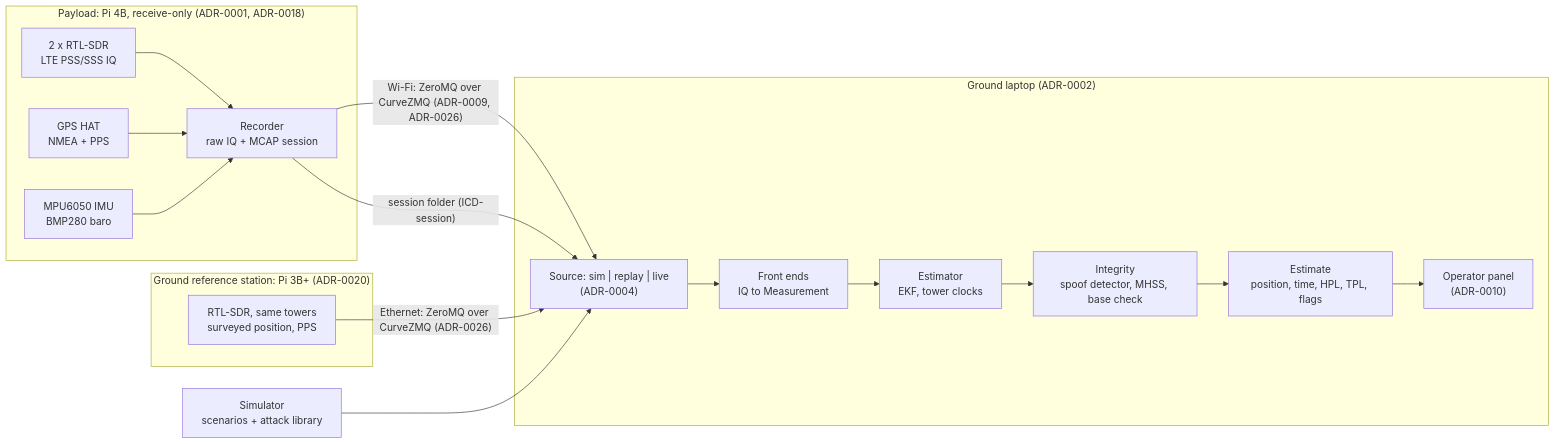
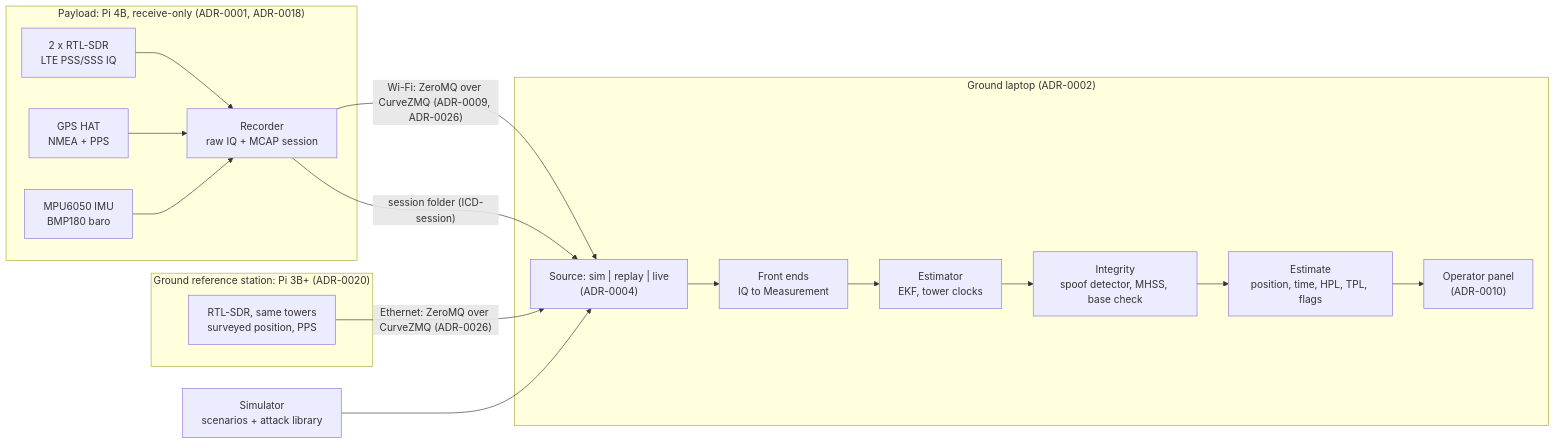
One commit to mdevstudentcu/SEAN changed the diagram in systems/architecture.md. Above: the diagram before and after it, drawn with Mermaid. The commit also changed 7 other files, not shown here.

````diff
--- a/systems/architecture.md
+++ b/systems/architecture.md
@@ -26,28 +26,28 @@
 ```mermaid
 flowchart LR
   subgraph PAY["Payload: Pi 4B, receive-only (ADR-0001, ADR-0018)"]
     SDR["2 x RTL-SDR<br/>LTE PSS/SSS IQ"]
     GPS["GPS HAT<br/>NMEA + PPS"]
-    SENS["MPU6050 IMU<br/>BMP280 baro"]
+    SENS["MPU6050 IMU<br/>BMP180 baro"]
     REC["Recorder<br/>raw IQ + MCAP session"]
     SDR --> REC
     GPS --> REC
     SENS --> REC
   end
   subgraph BASE["Ground reference station: Pi 3B+ (ADR-0020)"]
     BSDR["RTL-SDR, same towers<br/>surveyed position, PPS"]
   end
   subgraph GND["Ground laptop (ADR-0002)"]
     SRC["Source: sim | replay | live<br/>(ADR-0004)"]
     FE["Front ends<br/>IQ to Measurement"]
     NAV["Estimator<br/>EKF, tower clocks"]
     INT["Integrity<br/>spoof detector, MHSS, base check"]
     OUT["Estimate<br/>position, time, HPL, TPL, flags"]
     DASH["Operator panel<br/>(ADR-0010)"]
     SRC --> FE --> NAV --> INT --> OUT --> DASH
   end
   REC -- "Wi-Fi: ZeroMQ over CurveZMQ (ADR-0009, ADR-0026)" --> SRC
   REC -- "session folder (ICD-session)" --> SRC
   BSDR -- "Ethernet: ZeroMQ over CurveZMQ (ADR-0026)" --> SRC
   SIM["Simulator<br/>scenarios + attack library"] --> SRC
 ```
````
